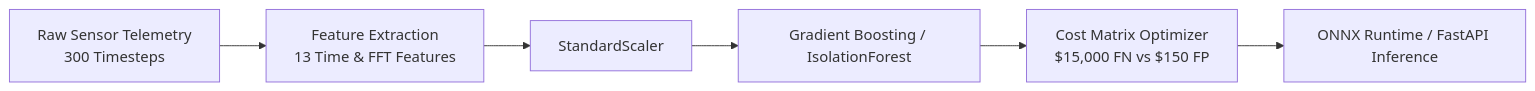
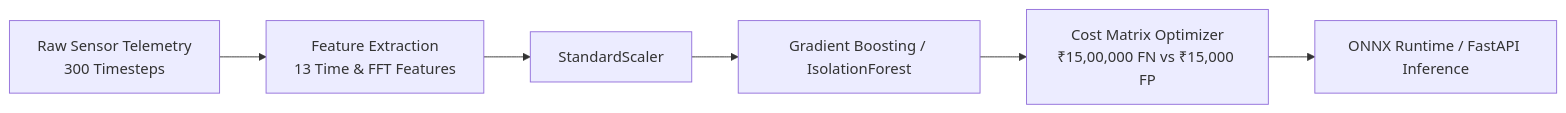
The diagram in predictive-maintenance-ml/README.md (venkateshmangali26/enterprise-data-ai-ecosystem), drawn with Mermaid before and after one commit. The commit also changed other lines of this file and 10 other files, not shown here.

Commit message:
feat: localize full ecosystem to Indian market (INR ₹ Lakhs/Crores, BS-VI ARAI telemetry, Tata/Mahindra fleet cost matrix)

````diff
--- a/predictive-maintenance-ml/README.md
+++ b/predictive-maintenance-ml/README.md
@@ -9,8 +9,8 @@
 ```mermaid
 flowchart LR
     A[Raw Sensor Telemetry<br/>300 Timesteps] --> B[Feature Extraction<br/>13 Time & FFT Features]
     B --> C[StandardScaler]
     C --> D[Gradient Boosting / IsolationForest]
-    D --> E[Cost Matrix Optimizer<br/>$15,000 FN vs $150 FP]
+    D --> E[Cost Matrix Optimizer<br/>₹15,00,000 FN vs ₹15,000 FP]
     E --> F[ONNX Runtime / FastAPI Inference]
 ```
````
